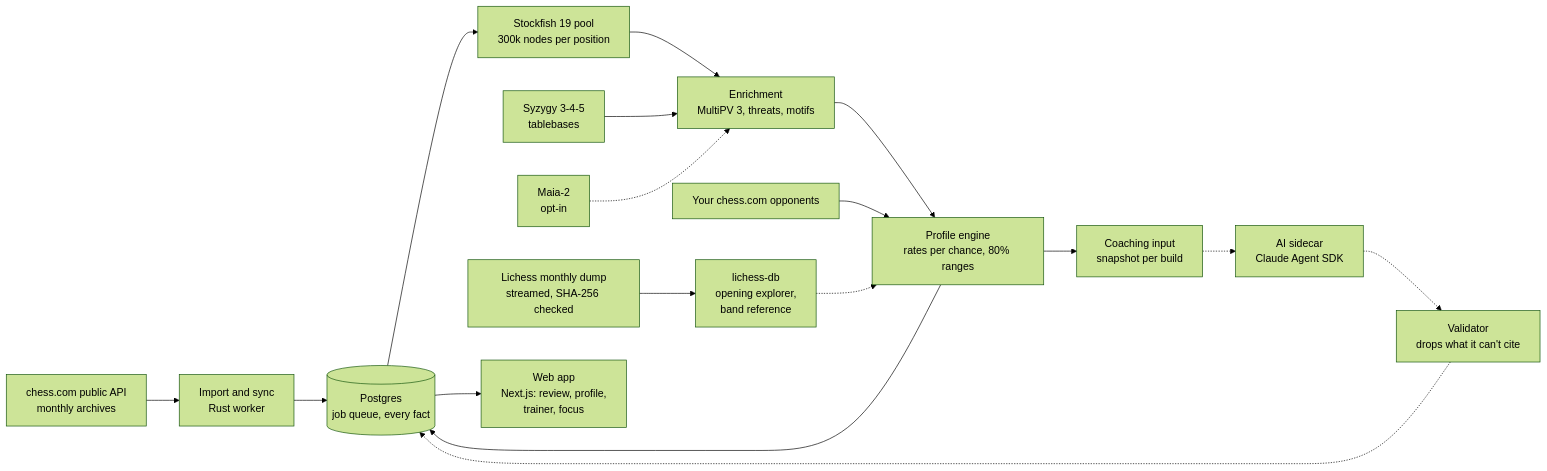
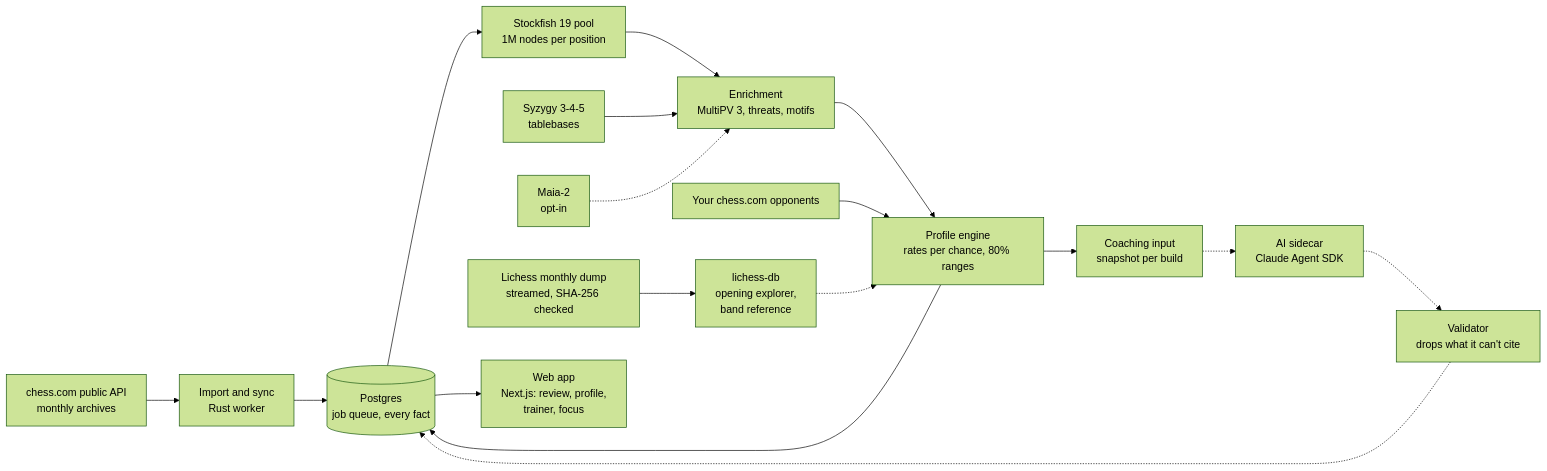
Before and after one commit to Terkea/rematch: the diagram in README.md, drawn with Mermaid (forest theme). The commit also changed other lines of this file and 4 other files, not shown here.

````diff
--- a/README.md
+++ b/README.md
@@ -83,19 +83,19 @@
 ```mermaid
 flowchart LR
   cc["chess.com public API<br/>monthly archives"] --> imp["Import and sync<br/>Rust worker"]
   imp --> pg[("Postgres<br/>job queue, every fact")]
-  pg --> sf["Stockfish 19 pool<br/>300k nodes per position"]
+  pg --> sf["Stockfish 19 pool<br/>1M nodes per position"]
   sf --> enr["Enrichment<br/>MultiPV 3, threats, motifs"]
   tb["Syzygy 3-4-5<br/>tablebases"] --> enr
   maia["Maia-2<br/>opt-in"] -.-> enr
   enr --> prof["Profile engine<br/>rates per chance, 80% ranges"]
   opp["Your chess.com opponents"] --> prof
   dump["Lichess monthly dump<br/>streamed, SHA-256 checked"] --> ldb["lichess-db<br/>opening explorer,<br/>band reference"]
   ldb -.-> prof
   prof --> ci["Coaching input<br/>snapshot per build"]
   ci -.-> ai["AI sidecar<br/>Claude Agent SDK"]
   ai -.-> val["Validator<br/>drops what it can't cite"]
   val -.-> pg
   prof --> pg
   pg --> web["Web app<br/>Next.js: review, profile,<br/>trainer, focus"]
 ```
````
